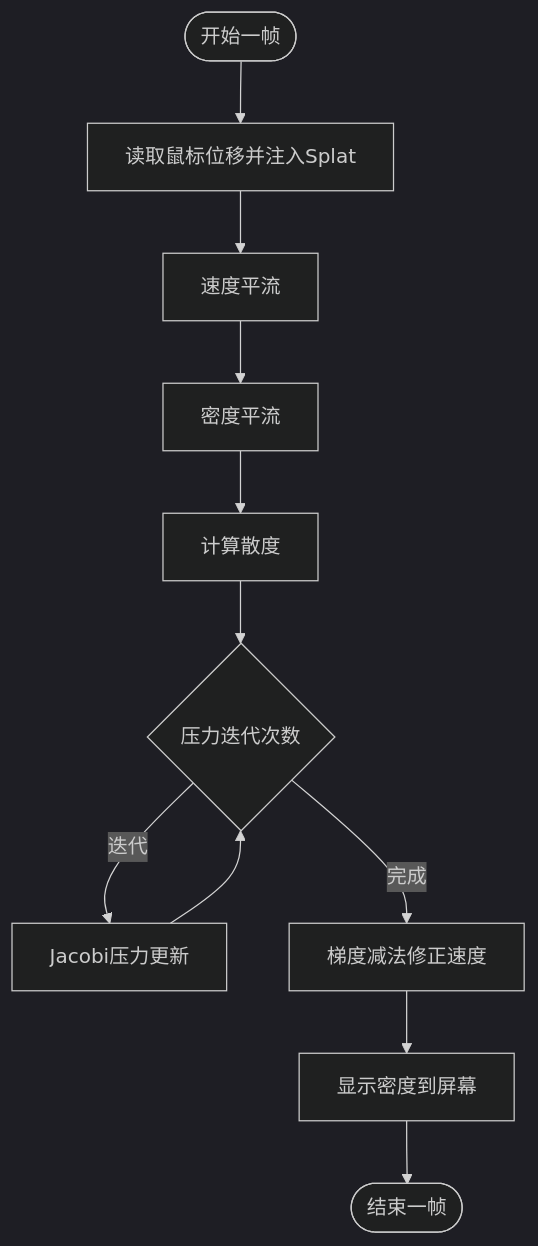
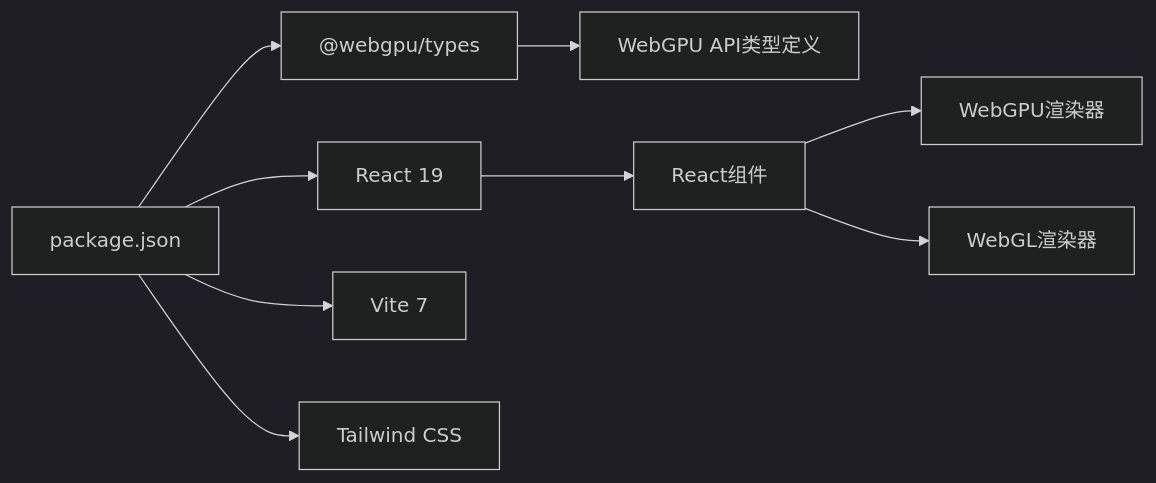
Before and after one commit to Primoguo/naolizhi.cn: the third of 3 diagrams in .qoder/repowiki/zh/content/核心功能模块/WebGL流体动画系统.md, drawn with Mermaid (dark theme). The commit also changed other lines of this file and 73 other files, not shown here.

````diff
--- a/.qoder/repowiki/zh/content/核心功能模块/WebGL流体动画系统.md
+++ b/.qoder/repowiki/zh/content/核心功能模块/WebGL流体动画系统.md
@@ -154,13 +341,11 @@
 ```mermaid
-flowchart TD
-Start(["开始一帧"]) --> Move["读取鼠标位移并注入Splat"]
-Move --> AdvVel["速度平流"]
-AdvVel --> AdvDye["密度平流"]
-AdvDye --> Div["计算散度"]
-Div --> PressLoop{"压力迭代次数"}
-PressLoop --> |迭代| Jacobi["Jacobi压力更新"]
-Jacobi --> PressLoop
-PressLoop --> |完成| GradSub["梯度减法修正速度"]
-GradSub --> Display["显示密度到屏幕"]
-Display --> End(["结束一帧"])
+graph LR
+Pkg["package.json"] --> Types["@webgpu/types"]
+Pkg --> React["React 19"]
+Pkg --> Vite["Vite 7"]
+Pkg --> Tailwind["Tailwind CSS"]
+Types --> WebGPU["WebGPU API类型定义"]
+React --> Components["React组件"]
+Components --> WebGPURenderer["WebGPU渲染器"]
+Components --> WebGLRenderer["WebGL渲染器"]
 ```
````
